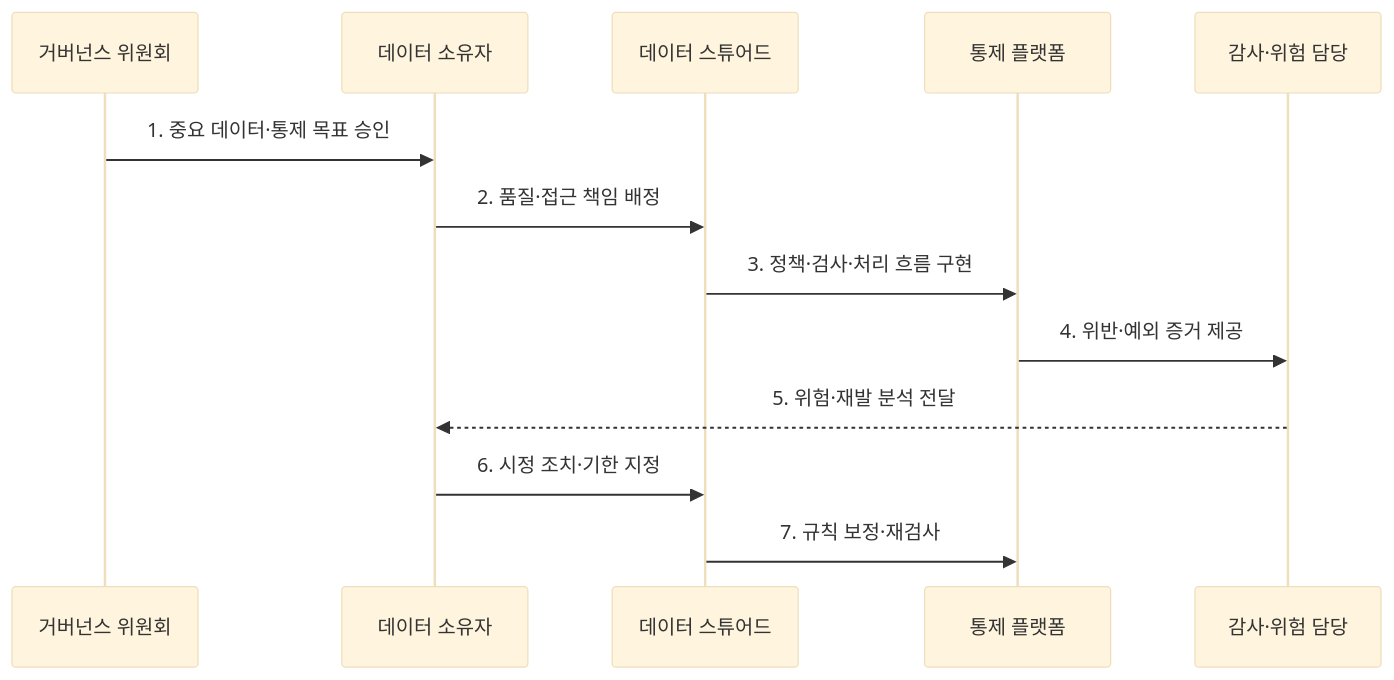
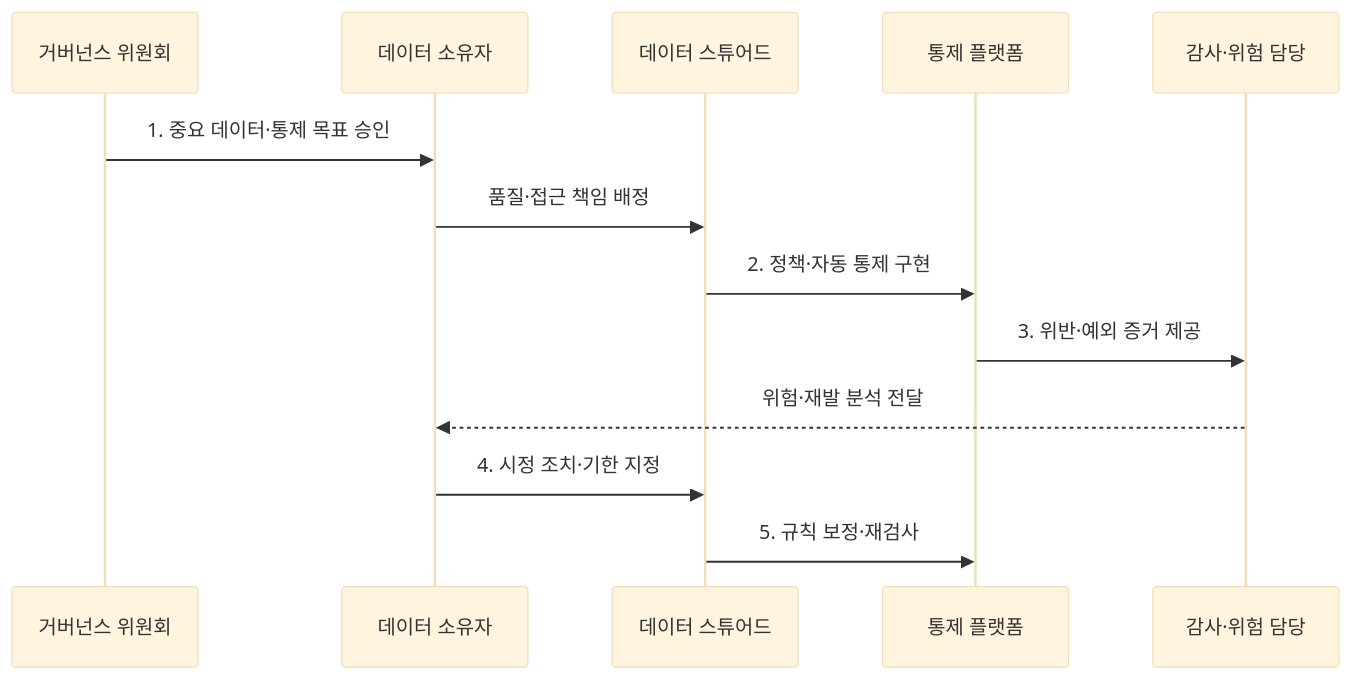
Before and after one commit to agnusdei1207/knowledge-base: the second of 2 diagrams in src/content/docs/notes/03-software/135_data_governance.md, drawn with Mermaid (base theme). The commit also changed other lines of this file and 238 other files, not shown here.

````diff
--- a/src/content/docs/notes/03-software/135_data_governance.md
+++ b/src/content/docs/notes/03-software/135_data_governance.md
@@ -81,15 +81,15 @@
 ```mermaid
 sequenceDiagram
     participant G as 거버넌스 위원회
     participant O as 데이터 소유자
     participant S as 데이터 스튜어드
     participant P as 통제 플랫폼
     participant A as 감사·위험 담당
     G->>O: 1. 중요 데이터·통제 목표 승인
-    O->>S: 2. 품질·접근 책임 배정
-    S->>P: 3. 정책·검사·처리 흐름 구현
-    P->>A: 4. 위반·예외 증거 제공
-    A-->>O: 5. 위험·재발 분석 전달
-    O->>S: 6. 시정 조치·기한 지정
-    S->>P: 7. 규칙 보정·재검사
+    O->>S: 품질·접근 책임 배정
+    S->>P: 2. 정책·자동 통제 구현
+    P->>A: 3. 위반·예외 증거 제공
+    A-->>O: 위험·재발 분석 전달
+    O->>S: 4. 시정 조치·기한 지정
+    S->>P: 5. 규칙 보정·재검사
 ```
````
